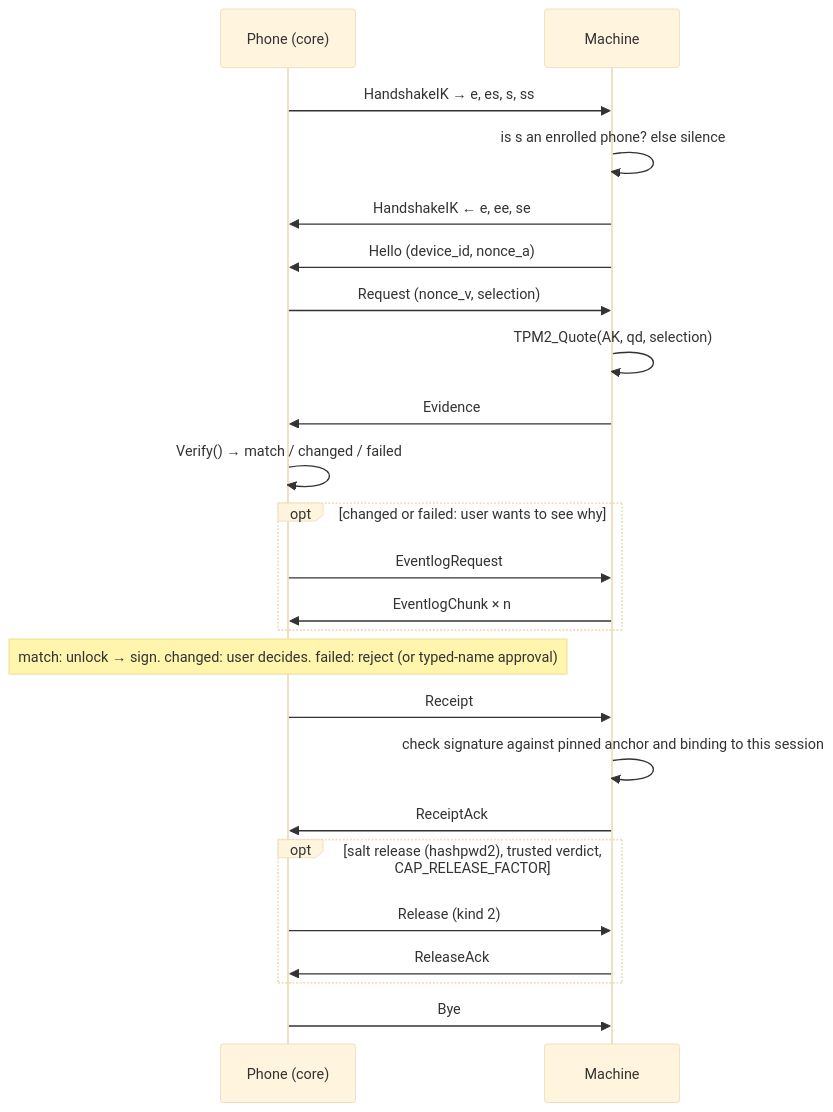
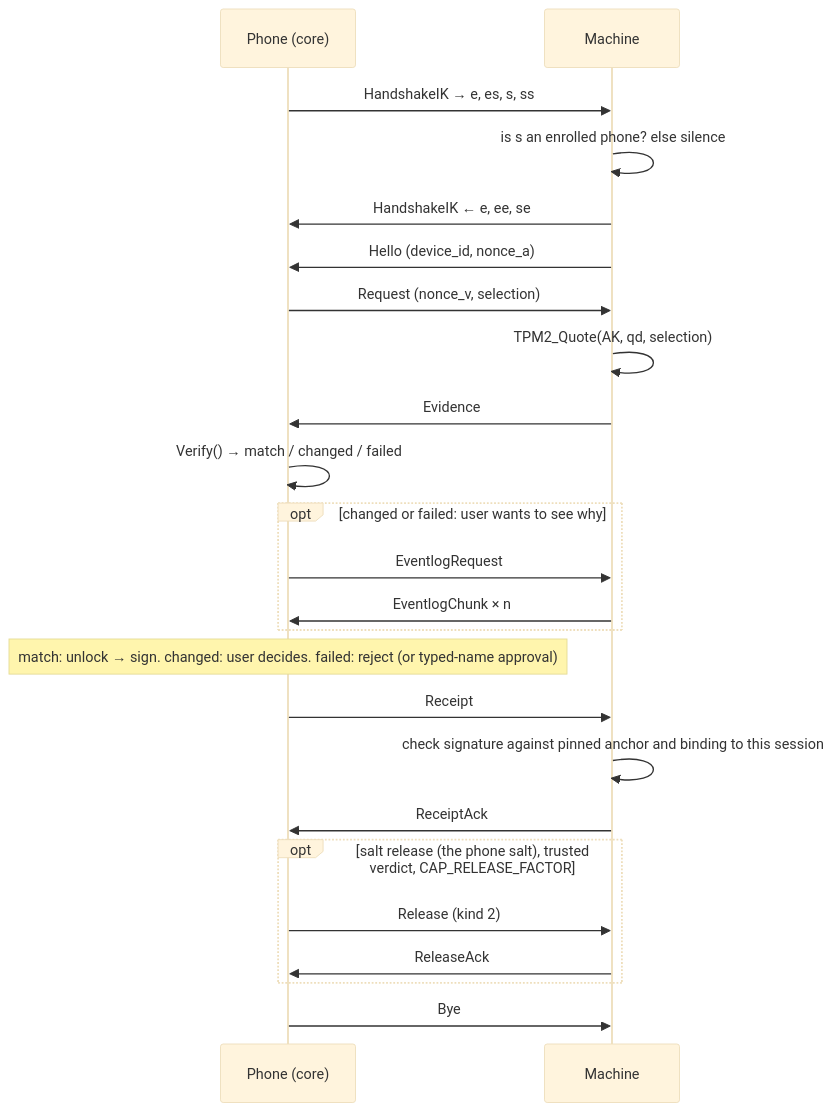
One commit to mrwiora/tpm2-kira changed the second of 2 diagrams in docs/PROTOCOL-BLE.md. Above: the diagram before and after it, drawn with Mermaid (base theme). The commit also changed other lines of this file and 82 other files, not shown here.

````diff
--- a/docs/PROTOCOL-BLE.md
+++ b/docs/PROTOCOL-BLE.md
@@ -705,27 +705,27 @@
 ```mermaid
 sequenceDiagram
     participant P as Phone (core)
     participant M as Machine
 
     P->>M: HandshakeIK → e, es, s, ss
     M->>M: is s an enrolled phone? else silence
     M->>P: HandshakeIK ← e, ee, se
     M->>P: Hello (device_id, nonce_a)
     P->>M: Request (nonce_v, selection)
     M->>M: TPM2_Quote(AK, qd, selection)
     M->>P: Evidence
     P->>P: Verify() → match / changed / failed
     opt changed or failed: user wants to see why
         P->>M: EventlogRequest
         M->>P: EventlogChunk × n
     end
     Note over P: match: unlock → sign. changed: user decides. failed: reject (or typed-name approval)
     P->>M: Receipt
     M->>M: check signature against pinned anchor and binding to this session
     M->>P: ReceiptAck
-    opt salt release (hashpwd2), trusted verdict, CAP_RELEASE_FACTOR
+    opt salt release (the phone salt), trusted verdict, CAP_RELEASE_FACTOR
         P->>M: Release (kind 2)
         M->>P: ReleaseAck
     end
     P->>M: Bye
 ```
````
